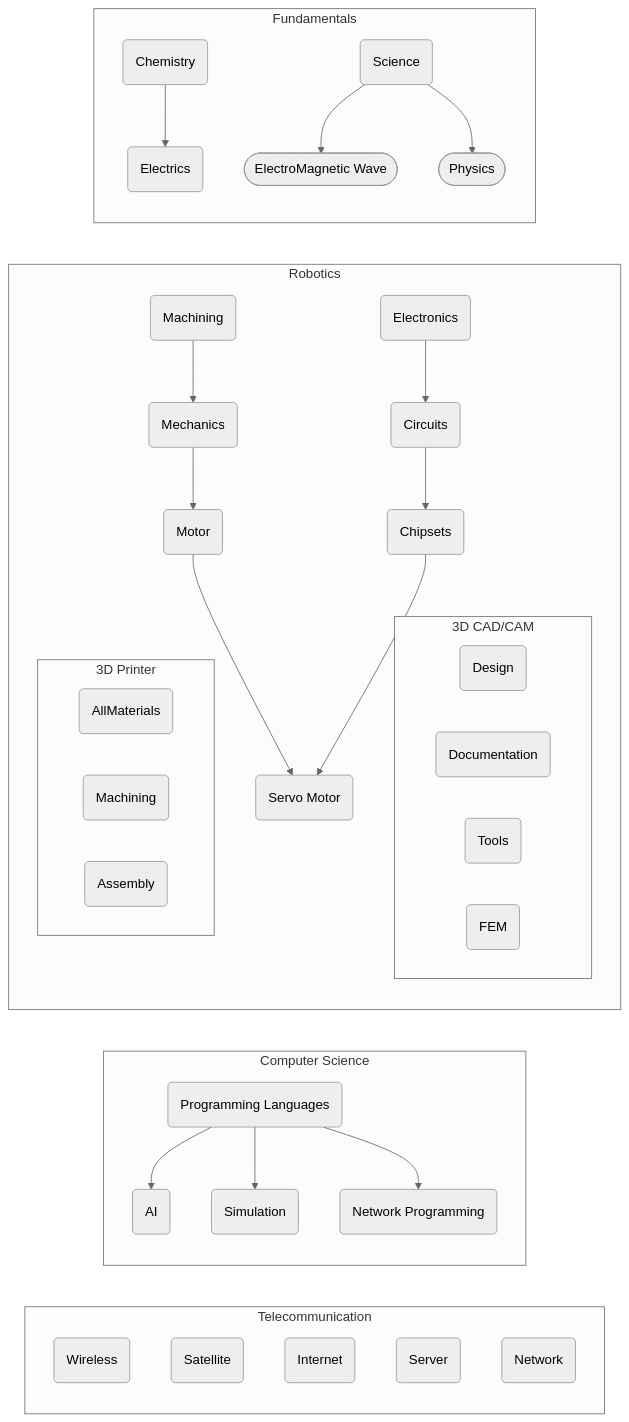
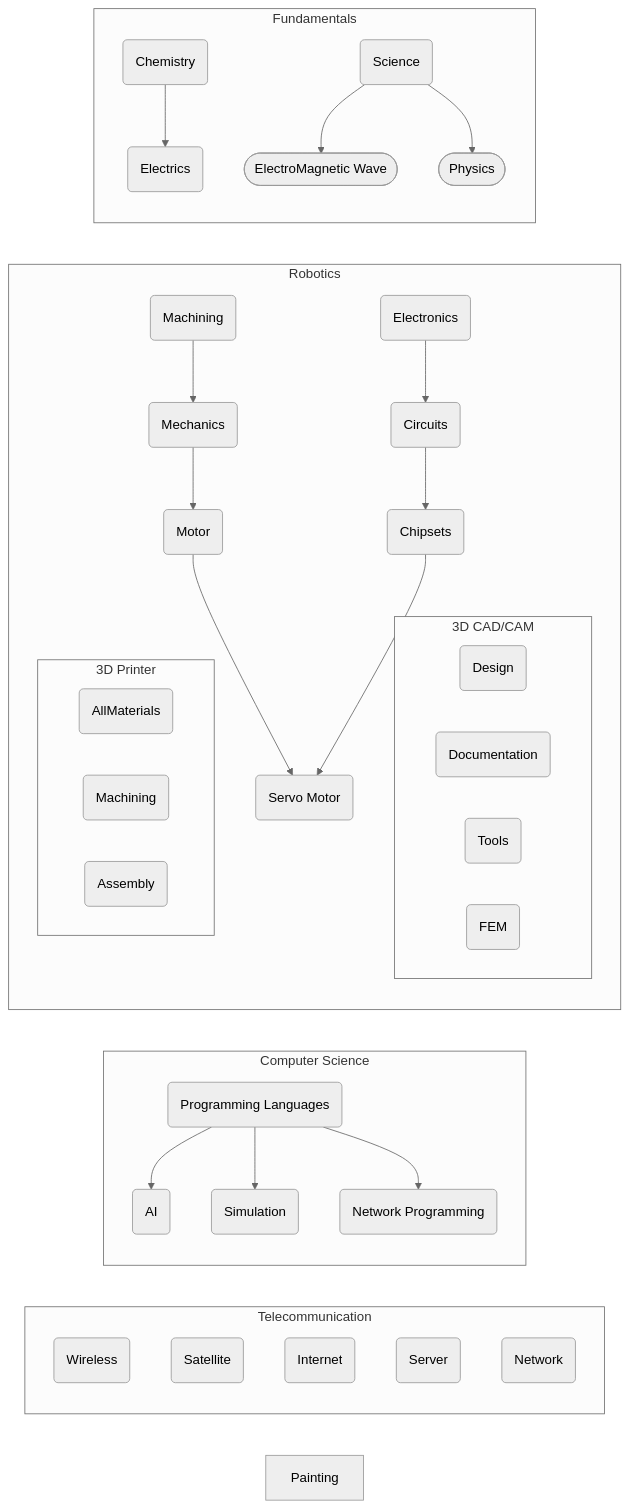
One commit to nihonXIM/XIR changed the diagram in README.md. Above: the diagram before and after it, drawn with Mermaid (neutral theme). The commit also changed other lines of this file and 4 other files, not shown here.

````diff
--- a/README.md
+++ b/README.md
@@ -21,62 +21,64 @@
 ```mermaid
 flowchart LR
+    
+    Painting
     subgraph Telecommunication
         WIRL(Wireless)
         SAT(Satellite)
         INT(Internet)
         SER(Server)
         NET(Network)
     end
 
     MEC --> MOT
     MET --> MEC
     MOT --> SMO
     ELE --> CIRC
     CHIP --> SMO
     CIRC --> CHIP
     subgraph Computer Science
         AI(AI)
         PL(Programming Languages)
         NP(Network Programming)
         SI(Simulation)
     end
     PL --> SI
     PL --> AI
     PL --> NP
 
     
     subgraph Robotics
         MET(Machining)
         MEC(Mechanics)
         ELE(Electronics)
         CHIP(Chipsets)
         CIRC(Circuits)
         MOT(Motor)
         SMO(Servo Motor)
         subgraph 3D CAD/CAM
             DES(Design)
             DOC(Documentation)
             TOL(Tools)
             FEM(FEM)
         end
         subgraph 3D Printer
             ALM(AllMaterials)
             MAC(Machining)
             ASS(Assembly)
         end
     end
     
     subgraph Fundamentals
         SCI(Science)
         PHY(Physics)
         CHE(Chemistry)
         EE(Electrics)
         EMW([ElectroMagnetic Wave])
         PHY([Physics])
         
         CHE --> EE
         SCI --> EMW
         SCI --> PHY
     end
 
 ```
````
